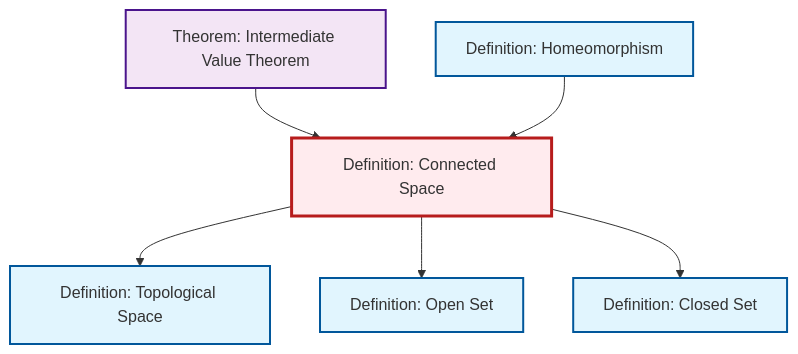
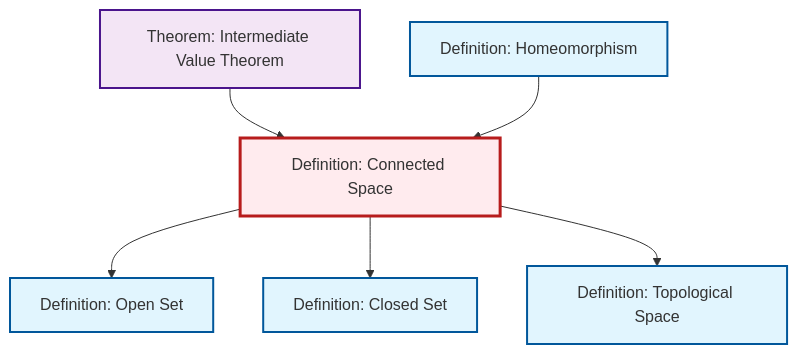
The diagram in content/en/topology/def-connected.qmd (RK0429/ModernMath), drawn with Mermaid before and after one commit. The commit also changed other lines of this file and 497 other files, not shown here.

````diff
--- a/content/en/topology/def-connected.qmd
+++ b/content/en/topology/def-connected.qmd
@@ -49,26 +49,26 @@
 ```{mermaid}
 %%| fig-cap: "Local dependency graph"
 graph TD
     classDef definition fill:#e1f5fe,stroke:#01579b,stroke-width:2px
     classDef theorem fill:#f3e5f5,stroke:#4a148c,stroke-width:2px
     classDef axiom fill:#fff3e0,stroke:#e65100,stroke-width:2px
     classDef example fill:#e8f5e9,stroke:#1b5e20,stroke-width:2px
     classDef current fill:#ffebee,stroke:#b71c1c,stroke-width:3px
-    def-open-set["Definition: Open Set"]:::definition
-    def-topological-space["Definition: Topological Space"]:::definition
     def-closed-set["Definition: Closed Set"]:::definition
-    def-connected["Definition: Connected Space"]:::definition
     def-homeomorphism["Definition: Homeomorphism"]:::definition
     thm-intermediate-value["Theorem: Intermediate Value Theorem"]:::theorem
-    thm-intermediate-value --> def-connected
-    def-homeomorphism --> def-connected
-    def-connected --> def-topological-space
+    def-topological-space["Definition: Topological Space"]:::definition
+    def-connected["Definition: Connected Space"]:::definition
+    def-open-set["Definition: Open Set"]:::definition
     def-connected --> def-open-set
     def-connected --> def-closed-set
+    thm-intermediate-value --> def-connected
+    def-connected --> def-topological-space
+    def-homeomorphism --> def-connected
     class def-connected current
-    click def-open-set "def-open-set.html" "Go to Open Set definition"
-    click def-topological-space "def-topological-space.html" "Go to Topological Space definition"
     click def-closed-set "def-closed-set.html" "Go to Closed Set definition"
     click def-homeomorphism "def-homeomorphism.html" "Go to Homeomorphism definition"
     click thm-intermediate-value "thm-intermediate-value.html" "Go to Intermediate Value Theorem theorem"
+    click def-topological-space "def-topological-space.html" "Go to Topological Space definition"
+    click def-open-set "def-open-set.html" "Go to Open Set definition"
 ```
````
